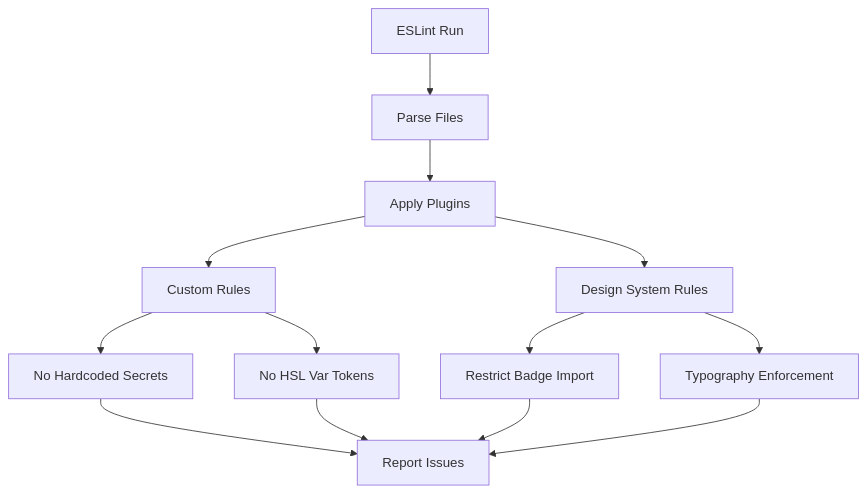
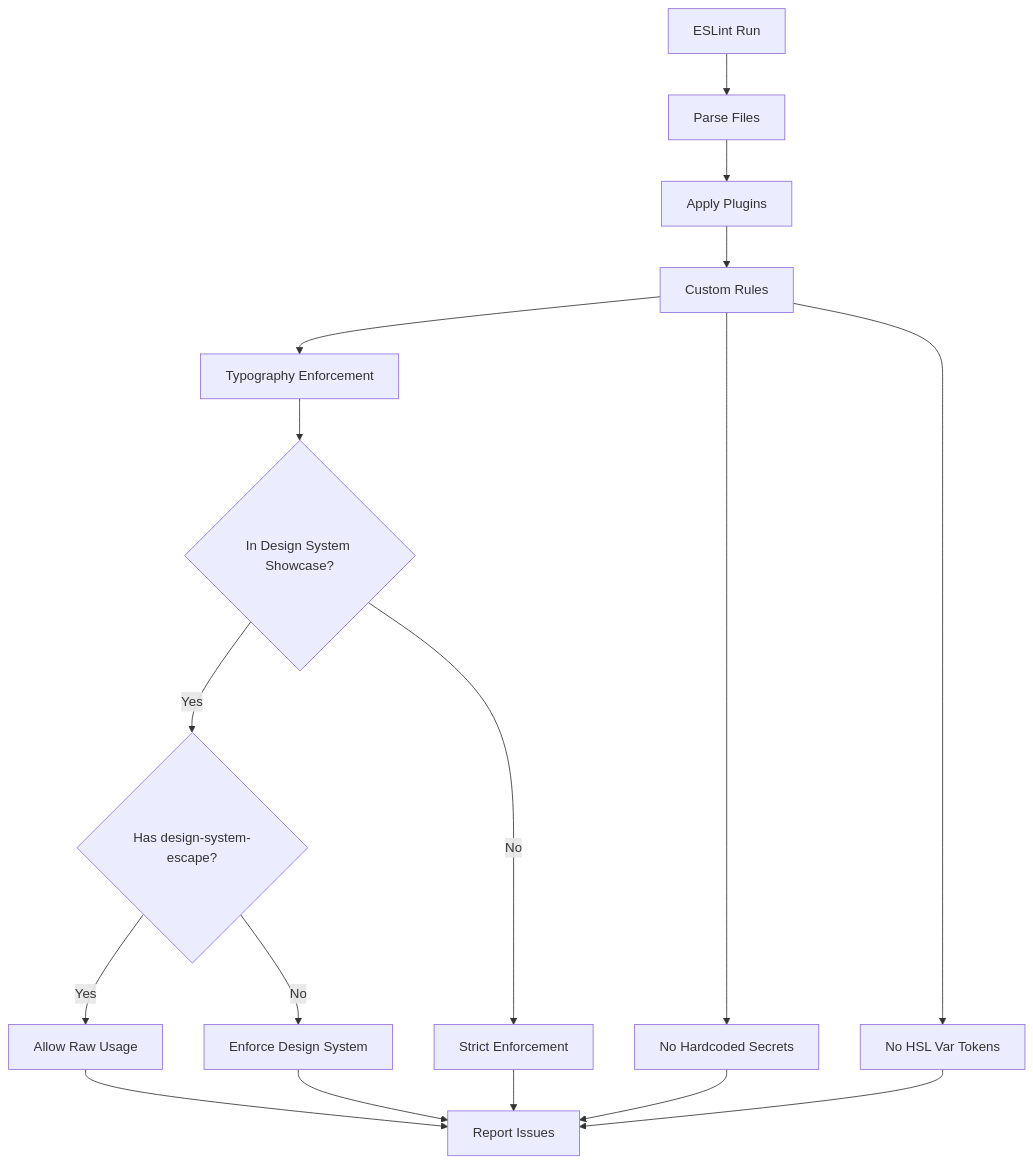
One commit to SinesysTech/zattar-os changed the seventh of 9 diagrams in .qoder/repowiki/en/content/Development Guide/Development Guide.md. Above: the diagram before and after it, drawn with Mermaid. The commit also changed other lines of this file and 40 other files, not shown here.

First line of the commit message:
feat(design-system): melhorar conformidade tipográfica e acessibilidade em audiências

````diff
--- a/.qoder/repowiki/en/content/Development Guide/Development Guide.md
+++ b/.qoder/repowiki/en/content/Development Guide/Development Guide.md
@@ -224,15 +290,19 @@
 ```mermaid
 flowchart TD
 ESLint["ESLint Run"] --> Parse["Parse Files"]
 Parse --> Plugins["Apply Plugins"]
 Plugins --> Custom["Custom Rules"]
 Custom --> Secrets["No Hardcoded Secrets"]
 Custom --> HSL["No HSL Var Tokens"]
-Plugins --> DS["Design System Rules"]
-DS --> Badge["Restrict Badge Import"]
-DS --> Typography["Typography Enforcement"]
-Secrets --> Report["Report Issues"]
+Custom --> Typography["Typography Enforcement"]
+Typography --> CheckScope{"In Design System Showcase?"}
+CheckScope --> |Yes| CheckComment{"Has design-system-escape?"}
+CheckScope --> |No| StrictEnforce["Strict Enforcement"]
+CheckComment --> |Yes| AllowRaw["Allow Raw Usage"]
+CheckComment --> |No| EnforceDS["Enforce Design System"]
+AllowRaw --> Report["Report Issues"]
+EnforceDS --> Report
+StrictEnforce --> Report
+Secrets --> Report
 HSL --> Report
-Badge --> Report
-Typography --> Report
 ```
````
